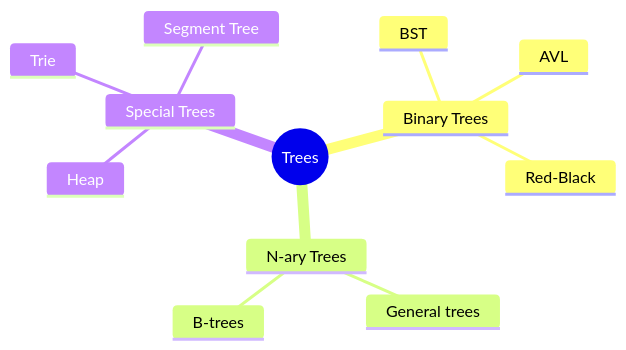
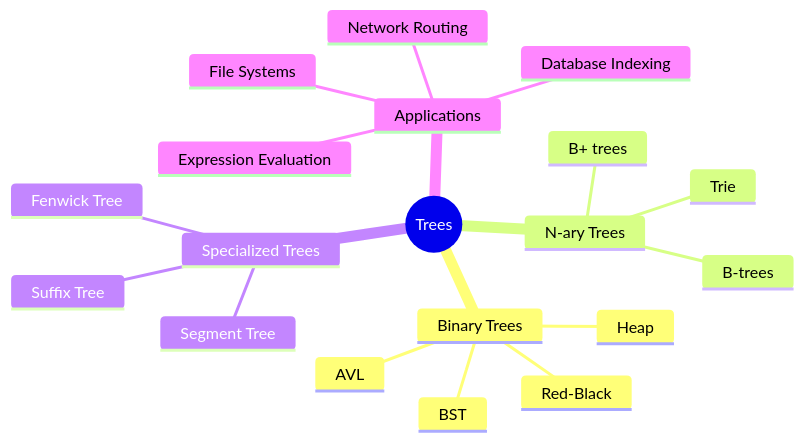
The first of 2 diagrams in docs/data-structures-and-algorithms/trees.md (kivi98/study-buddy), drawn with Mermaid before and after one commit. The commit also changed other lines of this file and 33 other files, not shown here.

````diff
--- a/docs/data-structures-and-algorithms/trees.md
+++ b/docs/data-structures-and-algorithms/trees.md
@@ -11,15 +18,22 @@
 ```mermaid
 mindmap
     root((Trees))
         Binary Trees
             BST
             AVL
             Red-Black
+            Heap
         N-ary Trees
-            General trees
             B-trees
-        Special Trees
-            Heap
+            B+ trees
             Trie
+        Specialized Trees
             Segment Tree
+            Fenwick Tree
+            Suffix Tree
+        Applications
+            Database Indexing
+            File Systems
+            Network Routing
+            Expression Evaluation
 ```
````
